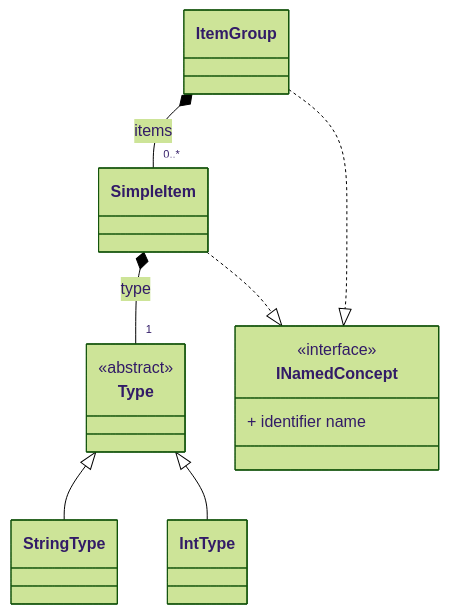
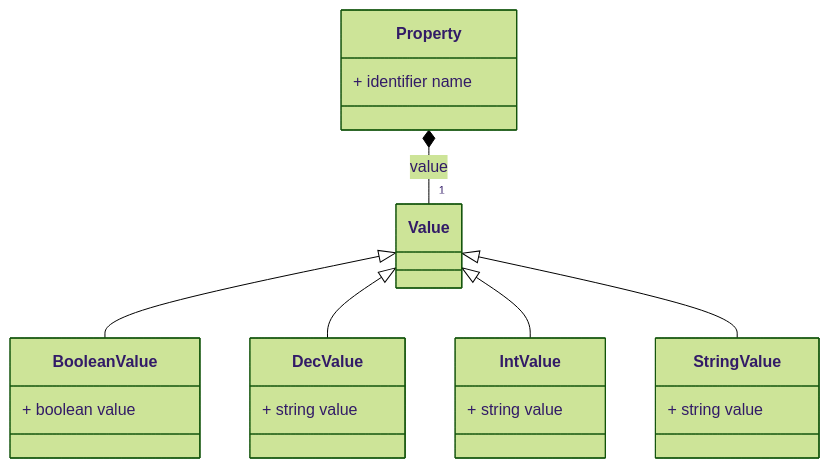
Before and after one commit to LionWeb-io/mps-meetup-2023: the diagram in freon/src/picode/diagrams/gen/complete-view.md, drawn with Mermaid. The commit also changed other lines of this file and 132 other files, not shown here.

````diff
--- a/freon/src/picode/diagrams/gen/complete-view.md
+++ b/freon/src/picode/diagrams/gen/complete-view.md
@@ -2,40 +2,40 @@
 ```mermaid
     %%{init: {'theme': 'forest'} }%%
     classDiagram
     direction TD
     %% other possibilites: LR RL DT TB (same as TD)
-    class ItemGroup {
+    class Property {
+        
+        + identifier name
+    }
+    class Value {
         
         
     }
-    class SimpleItem {
+    class BooleanValue {
+        
+        + boolean value
+    }
+    class DecValue {
+        
+        + string value
+    }
+    class IntValue {
+        
+        + string value
+    }
+    class StringValue {
+        
+        + string value
+    }
+
+    Value <|-- BooleanValue
+Value <|-- DecValue
+Value <|-- IntValue
+Value <|-- StringValue
+
+        Property *-- "1" Value : value
+
         
         
-    }
-    class Type {
-        <<abstract>>
-        
-    }
-    class StringType {
-        
-        
-    }
-    class IntType {
-        
-        
-    }
-    class INamedConcept {
-        <<interface>>
-        + identifier name
-    }
-    Type <|-- StringType
-Type <|-- IntType
-
-        ItemGroup *-- "0..*" SimpleItem : items
-SimpleItem *-- "1" Type : type
-
-        
-        ItemGroup ..|> INamedConcept
-SimpleItem ..|> INamedConcept
-
 ```
````
